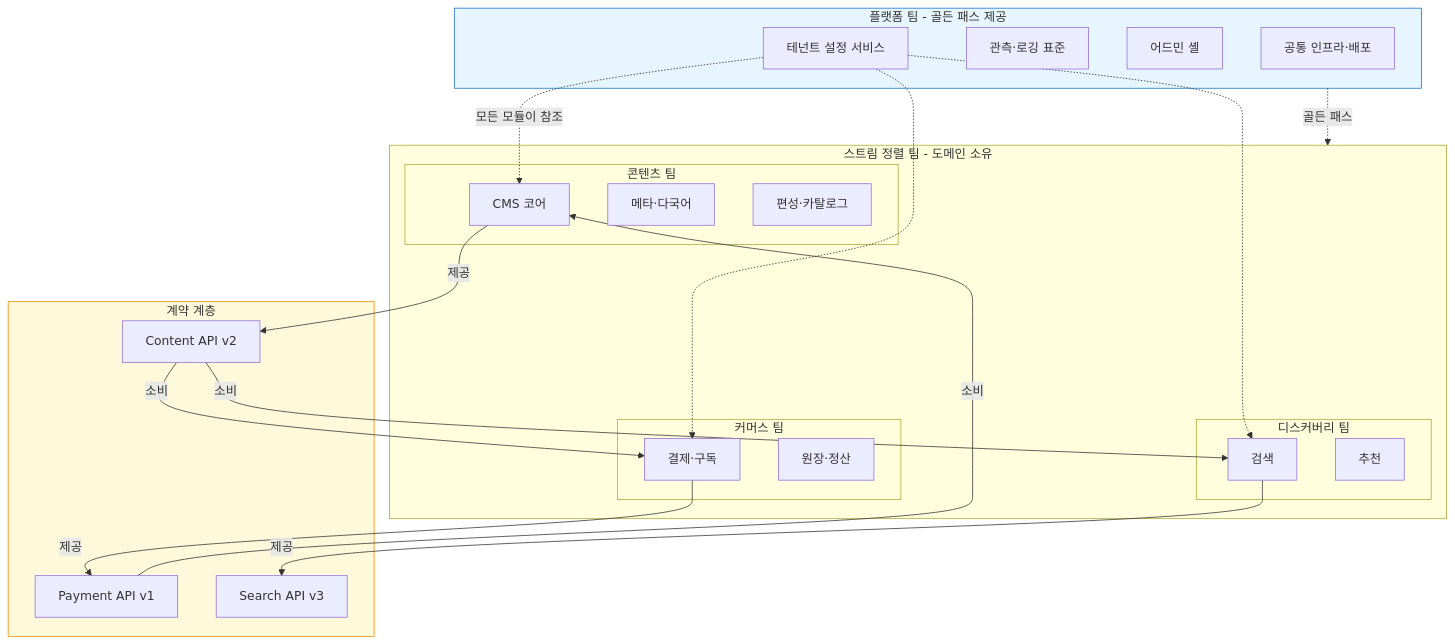
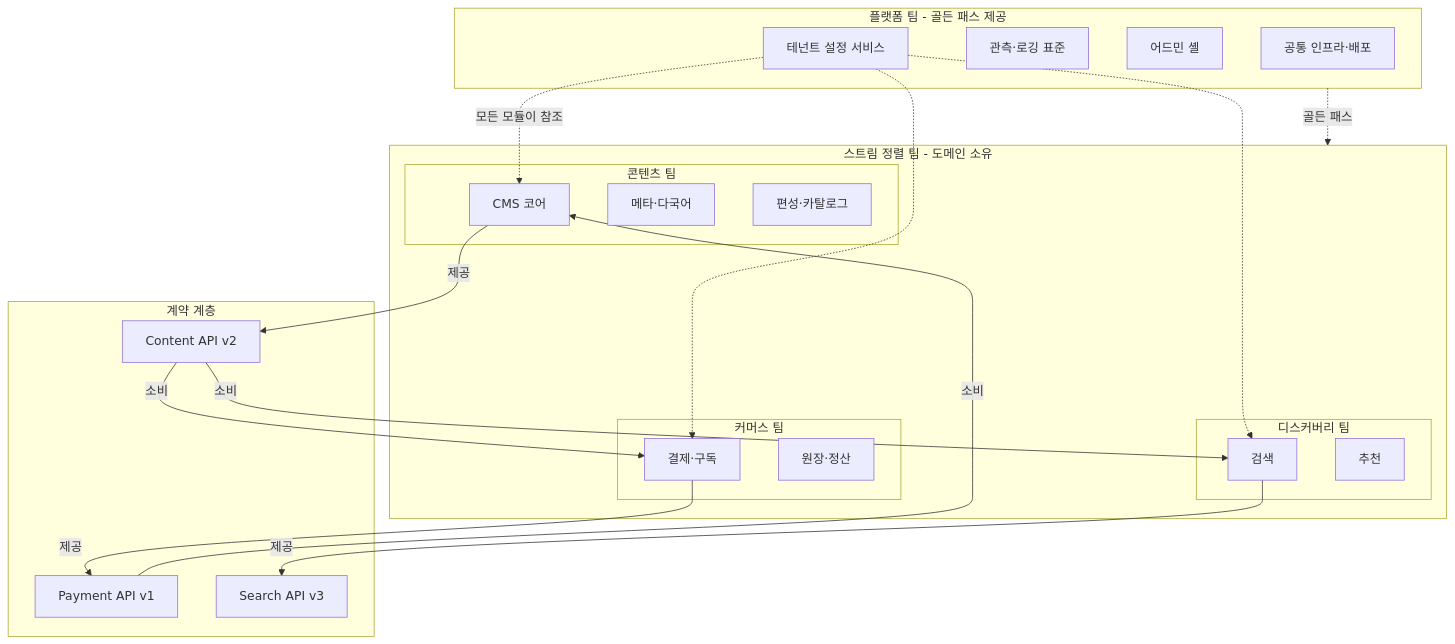
Before and after one commit to withwooyong/withwooyong.github.io: the second of 17 diagrams in pages/product-lead-loadmap/04_거버넌스_글로벌.md, drawn with Mermaid. The commit also changed other lines of this file and 16 other files, not shown here.

````diff
--- a/pages/product-lead-loadmap/04_거버넌스_글로벌.md
+++ b/pages/product-lead-loadmap/04_거버넌스_글로벌.md
@@ -186,48 +121,45 @@
 ```mermaid
-flowchart TB
+flowchart TD
     subgraph PLATFORM["플랫폼 팀 - 골든 패스 제공"]
         PT1["공통 인프라·배포"]
         PT2["관측·로깅 표준"]
         PT3["어드민 셸"]
         PT4["테넌트 설정 서비스"]
     end
 
     subgraph STREAM["스트림 정렬 팀 - 도메인 소유"]
         subgraph T1["콘텐츠 팀"]
             C1["CMS 코어"]
             C2["메타·다국어"]
             C3["편성·카탈로그"]
         end
         subgraph T2["커머스 팀"]
             P1["결제·구독"]
             P2["원장·정산"]
         end
         subgraph T3["디스커버리 팀"]
             D1["검색"]
             D2["추천"]
         end
     end
 
     subgraph CONTRACT["계약 계층"]
         API1["Content API v2"]
         API2["Payment API v1"]
         API3["Search API v3"]
     end
 
     C1 -->|"제공"| API1
     P1 -->|"제공"| API2
     D1 -->|"제공"| API3
 
     API1 -->|"소비"| D1
     API1 -->|"소비"| P1
     API2 -->|"소비"| C1
 
     PT4 -.모든 모듈이 참조.-> C1
     PT4 -.-> P1
     PT4 -.-> D1
 
     PLATFORM -.골든 패스.-> STREAM
-
-    style PLATFORM fill:#e7f5ff,stroke:#1971c2
-    style CONTRACT fill:#fff9db,stroke:#f08c00
 ```
````
